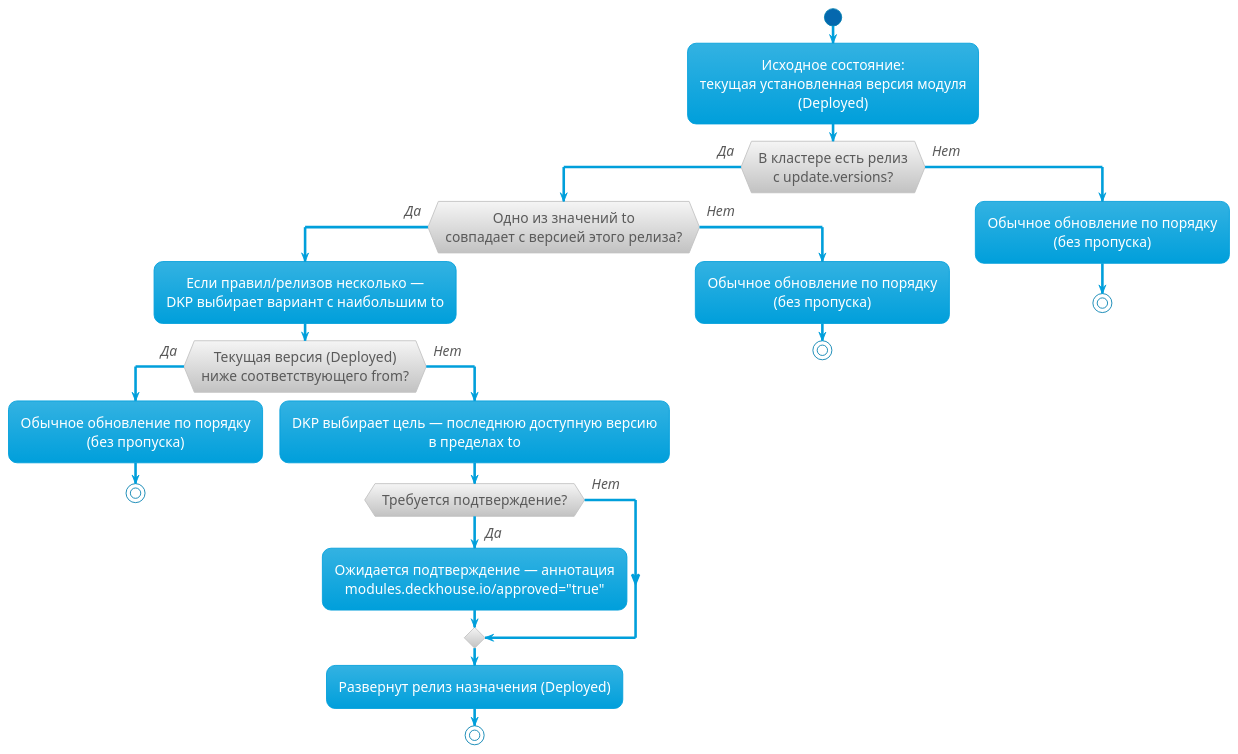
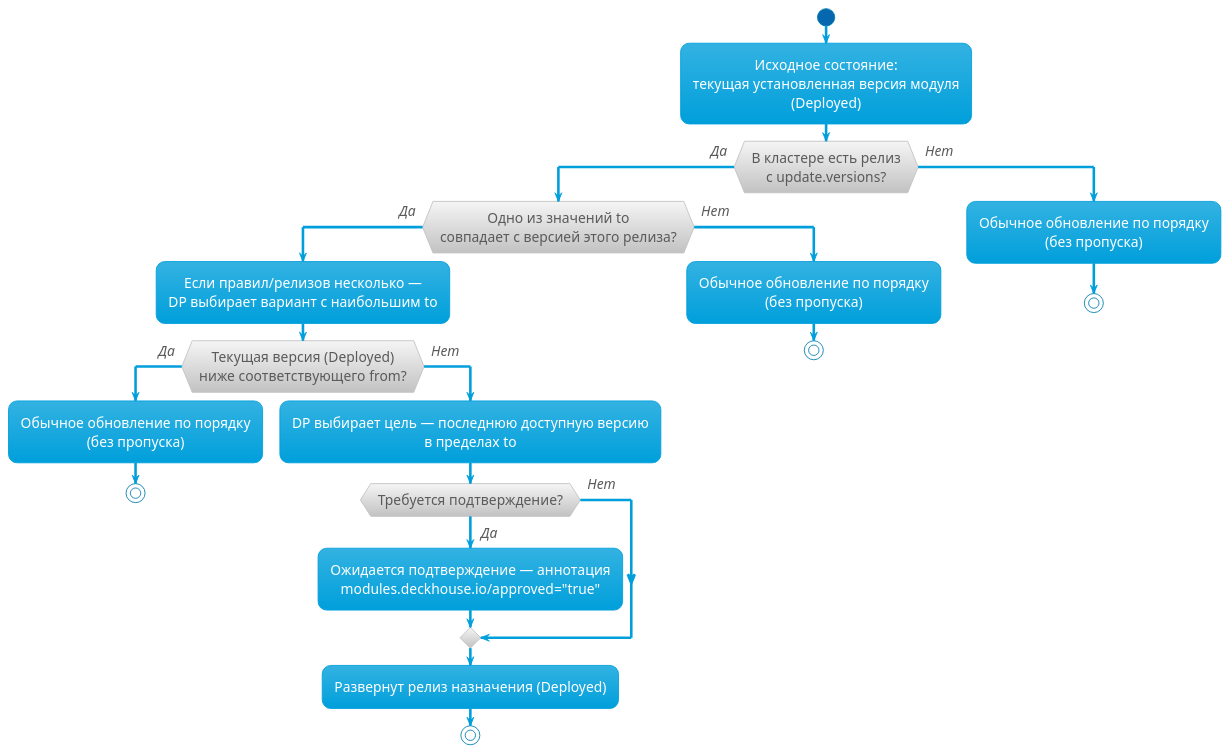
The diagram in docs/documentation/images/architecture/module-development/from_to_ru.puml (deckhouse/deckhouse), drawn with PlantUML before and after one commit. The commit also changed 1043 other files, not shown here.

```diff
--- a/docs/documentation/images/architecture/module-development/from_to_ru.puml
+++ b/docs/documentation/images/architecture/module-development/from_to_ru.puml
@@ -1,37 +1,37 @@
 @startuml
 !theme bluegray
 skinparam DefaultFontSize 16
 skinparam ArrowFontStyle italic
 skinparam DefaultTextAlignment center
 skinparam backgroundColor transparent
 skinparam Shadowing false
 
 start
 
 :Исходное состояние:\nтекущая установленная версия модуля\n(Deployed);
 
 if (В кластере есть релиз\nс update.versions?) then (Да)
   if (Одно из значений to\nсовпадает с версией этого релиза?) then (Да)
-    :Если правил/релизов несколько —\nDKP выбирает вариант с наибольшим to;
+    :Если правил/релизов несколько —\nDP выбирает вариант с наибольшим to;
     if (Текущая версия (Deployed)\nниже соответствующего from?) then (Да)
       :Обычное обновление по порядку\n(без пропуска);
       stop
     else (Нет)
-      :DKP выбирает цель — последнюю доступную версию\nв пределах to;
+      :DP выбирает цель — последнюю доступную версию\nв пределах to;
       if (Требуется подтверждение?) then (Да)
         :Ожидается подтверждение — аннотация\nmodules.deckhouse.io/approved="true";
       else (Нет)
       endif
       :Развернут релиз назначения (Deployed);
       stop
     endif
   else (Нет)
     :Обычное обновление по порядку\n(без пропуска);
     stop
   endif
 else (Нет)
   :Обычное обновление по порядку\n(без пропуска);
   stop
 endif
 
 @enduml
```
